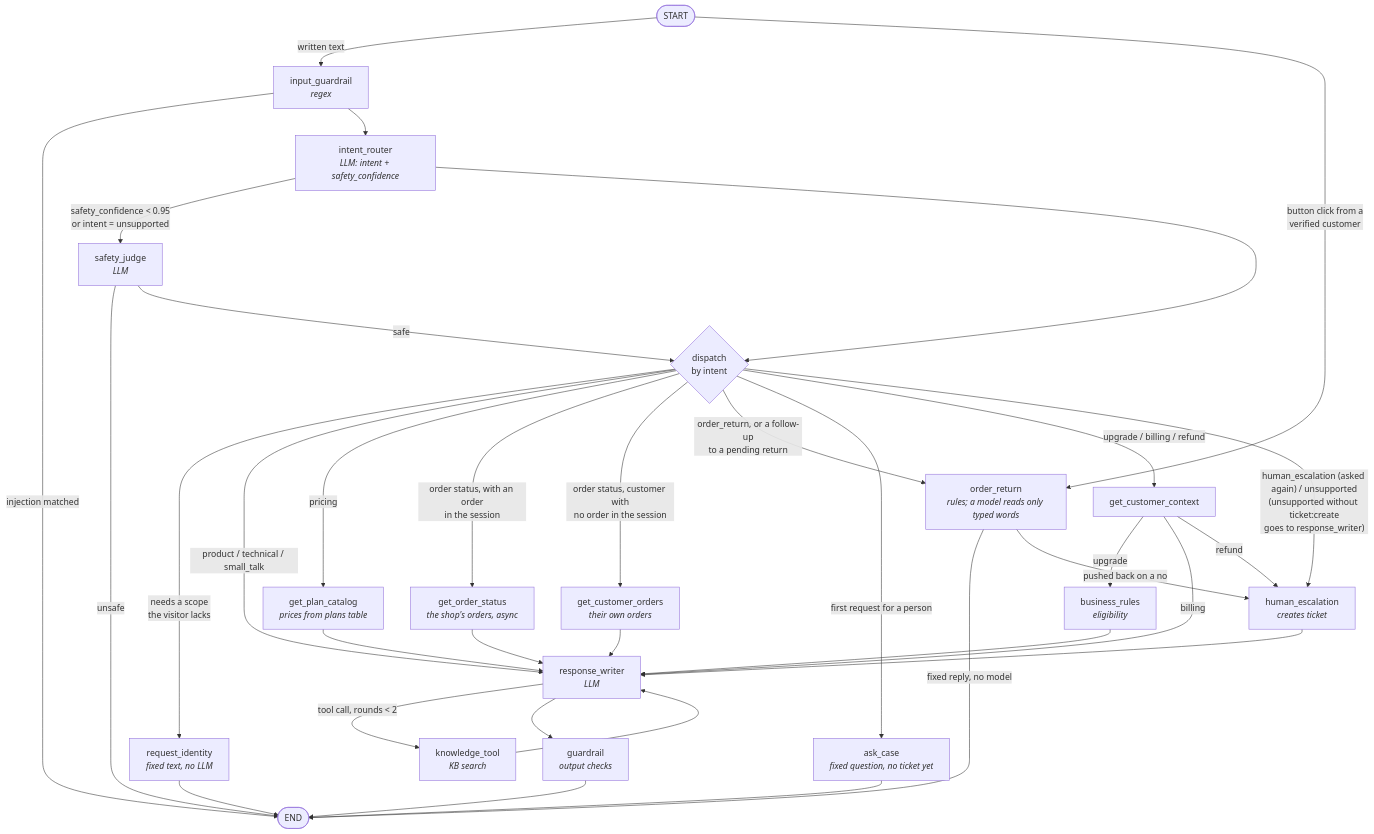
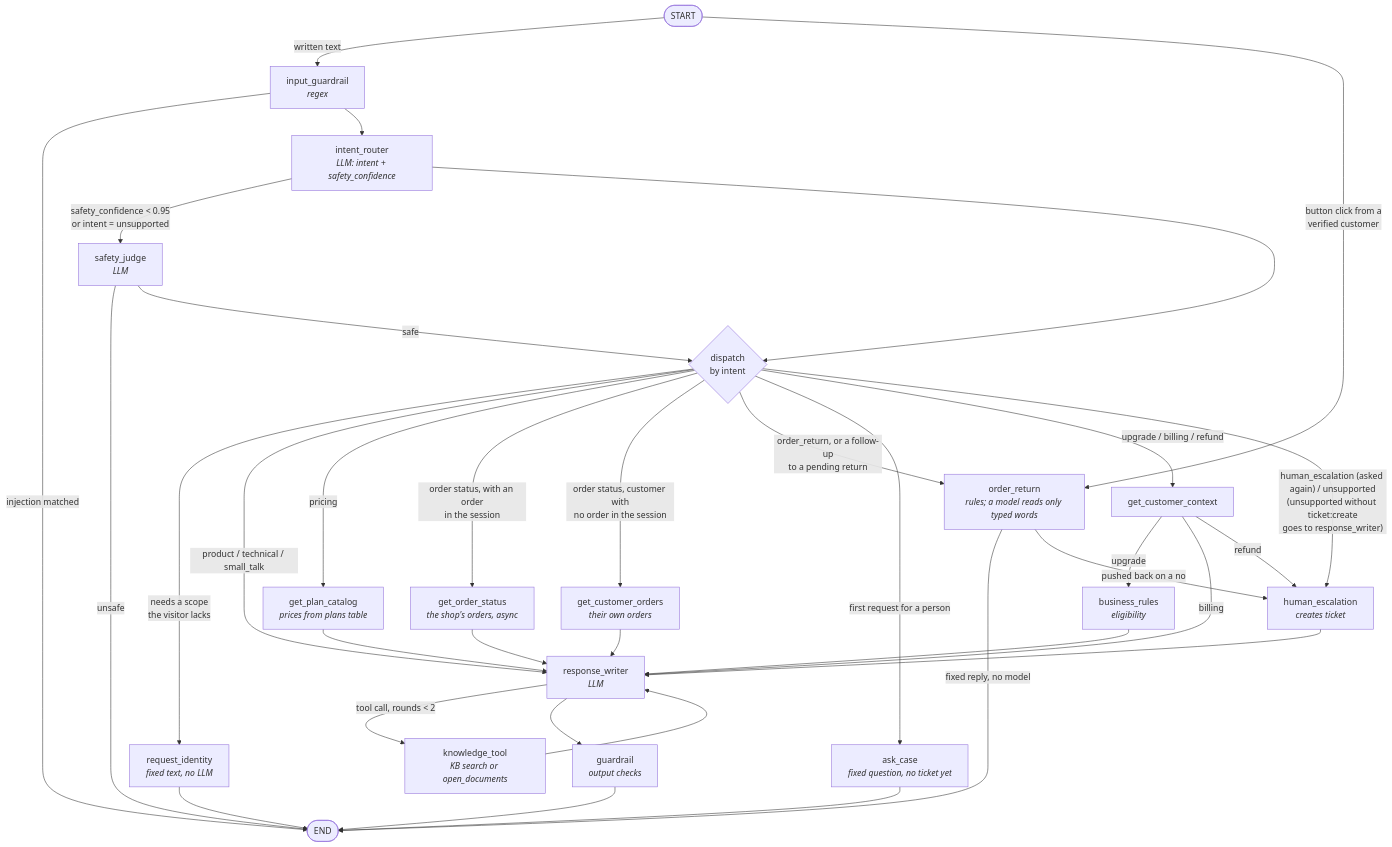
Before and after one commit to TheMutsi/ai-sales-support-agent: the second of 2 diagrams in docs/architecture.md, drawn with Mermaid. The commit also changed other lines of this file and 15 other files, not shown here.

````diff
--- a/docs/architecture.md
+++ b/docs/architecture.md
@@ -39,36 +40,36 @@
 ```mermaid
 flowchart TD
   start([START]) -- "written text" --> ig[input_guardrail<br/><i>regex</i>]
   start -- "button click from a<br/>verified customer" --> orr
   ig -- injection matched --> stop([END])
   ig --> ir[intent_router<br/><i>LLM: intent + safety_confidence</i>]
   ir -- "safety_confidence < 0.95<br/>or intent = unsupported" --> sj[safety_judge<br/><i>LLM</i>]
   sj -- unsafe --> stop
   ir --> dispatch{dispatch<br/>by intent}
   sj -- safe --> dispatch
   dispatch -- "needs a scope<br/>the visitor lacks" --> ri[request_identity<br/><i>fixed text, no LLM</i>]
   ri --> stop
   dispatch -- "product / technical / small_talk" --> rw
   dispatch -- pricing --> pc[get_plan_catalog<br/><i>prices from plans table</i>]
   dispatch -- "order status, with an order<br/>in the session" --> os[get_order_status<br/><i>the shop's orders, async</i>]
   dispatch -- "order status, customer with<br/>no order in the session" --> co[get_customer_orders<br/><i>their own orders</i>]
   dispatch -- "order_return, or a follow-up<br/>to a pending return" --> orr[order_return<br/><i>rules; a model reads only typed words</i>]
   co --> rw
   orr -- "fixed reply, no model" --> stop
   orr -- "pushed back on a no" --> he
   dispatch -- "first request for a person" --> ac[ask_case<br/><i>fixed question, no ticket yet</i>]
   ac --> stop
   dispatch -- "upgrade / billing / refund" --> cc[get_customer_context]
   dispatch -- "human_escalation (asked again) / unsupported<br/>(unsupported without ticket:create<br/>goes to response_writer)" --> he
   cc -- upgrade --> br[business_rules<br/><i>eligibility</i>]
   cc -- billing --> rw
   cc -- refund --> he[human_escalation<br/><i>creates ticket</i>]
   br --> rw[response_writer<br/><i>LLM</i>]
   pc --> rw
   os --> rw
   he --> rw
-  rw -- "tool call, rounds < 2" --> kt[knowledge_tool<br/><i>KB search</i>]
+  rw -- "tool call, rounds < 2" --> kt[knowledge_tool<br/><i>KB search or open_documents</i>]
   kt --> rw
   rw --> gr[guardrail<br/><i>output checks</i>]
   gr --> stop
 ```
````
